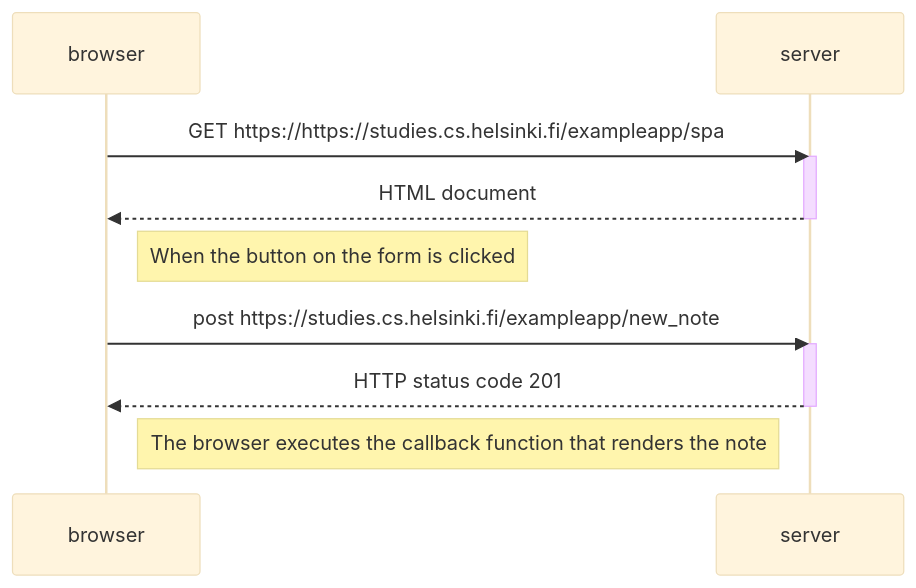
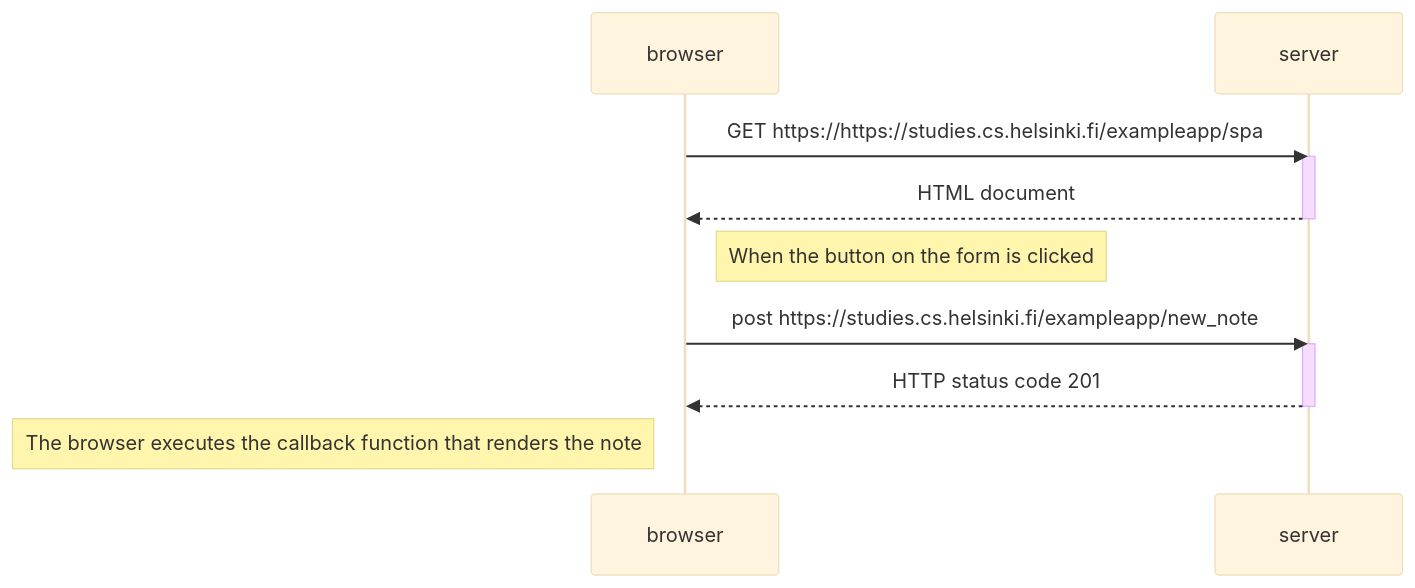
The diagram in part0/0.6: NewNoteInSinglePageAppDiagram.md (alexha11/FullStackUniversityOfHelsinki), drawn with Mermaid (base theme) before and after one commit.

Commit message:
Finished part 0

````diff
--- a/part0/0.6: NewNoteInSinglePageAppDiagram.md
+++ b/part0/0.6: NewNoteInSinglePageAppDiagram.md
@@ -1,19 +1,19 @@
 ```mermaid
 sequenceDiagram
     participant browser
     participant server
 
     browser->>server: GET https://https://studies.cs.helsinki.fi/exampleapp/spa
     activate server
     server-->>browser: HTML document
     deactivate server
     
     Note right of browser: When the button on the form is clicked
     browser->>server: post https://studies.cs.helsinki.fi/exampleapp/new_note
     activate server
     server-->>browser: HTTP status code 201
     deactivate server
 
-    Note right of browser: The browser executes the callback function that renders the note
+    Note left of browser: The browser executes the callback function that renders the note
     activate server
 ```
````
